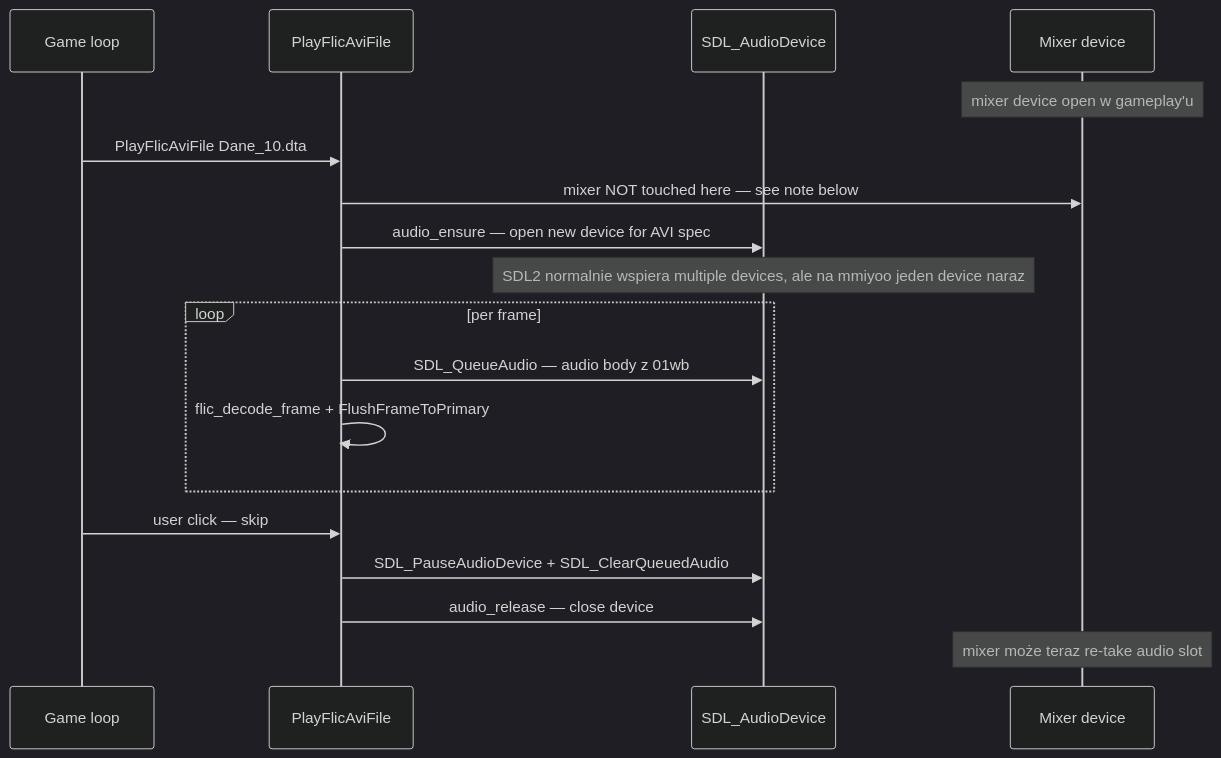
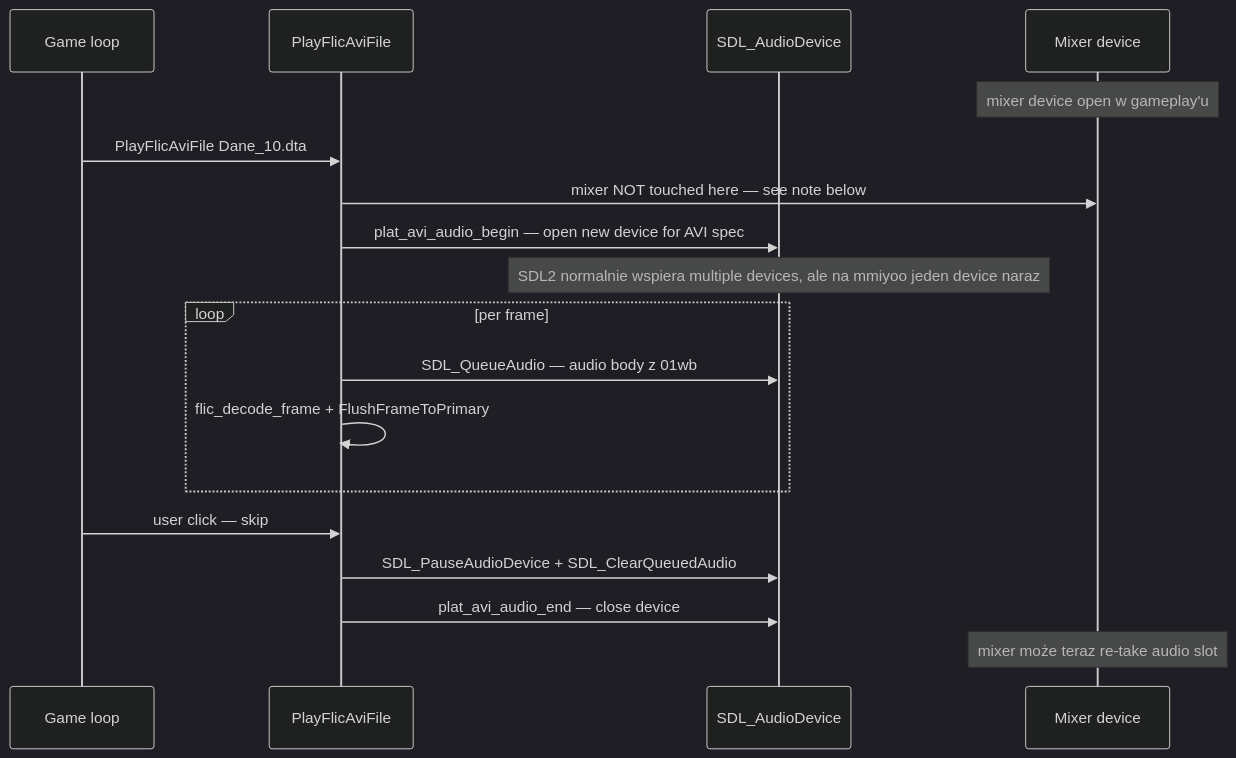
Before and after one commit to mszula/wacki: the second of 2 diagrams in docs/flic-decoder.md, drawn with Mermaid (dark theme). The commit also changed other lines of this file and 28 other files, not shown here.

````diff
--- a/docs/flic-decoder.md
+++ b/docs/flic-decoder.md
@@ -174,21 +174,21 @@
 ```mermaid
 sequenceDiagram
     participant Caller as Game loop
     participant FLIC as PlayFlicAviFile
     participant SDL as SDL_AudioDevice
     participant Mixer as Mixer device
 
     Note over Mixer: mixer device open w gameplay'u
     Caller->>FLIC: PlayFlicAviFile Dane_10.dta
     FLIC->>Mixer: mixer NOT touched here — see note below
-    FLIC->>SDL: audio_ensure — open new device for AVI spec
+    FLIC->>SDL: plat_avi_audio_begin — open new device for AVI spec
     Note over SDL: SDL2 normalnie wspiera multiple devices, ale na mmiyoo jeden device naraz
     loop per frame
         FLIC->>SDL: SDL_QueueAudio — audio body z 01wb
         FLIC->>FLIC: flic_decode_frame + FlushFrameToPrimary
     end
     Caller->>FLIC: user click — skip
     FLIC->>SDL: SDL_PauseAudioDevice + SDL_ClearQueuedAudio
-    FLIC->>SDL: audio_release — close device
+    FLIC->>SDL: plat_avi_audio_end — close device
     Note over Mixer: mixer może teraz re-take audio slot
 ```
````
